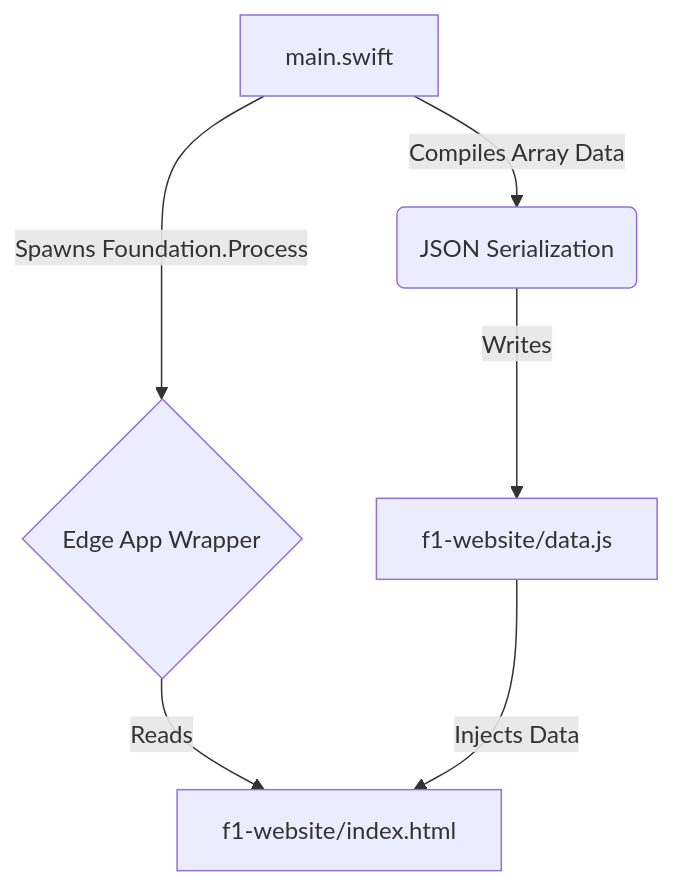
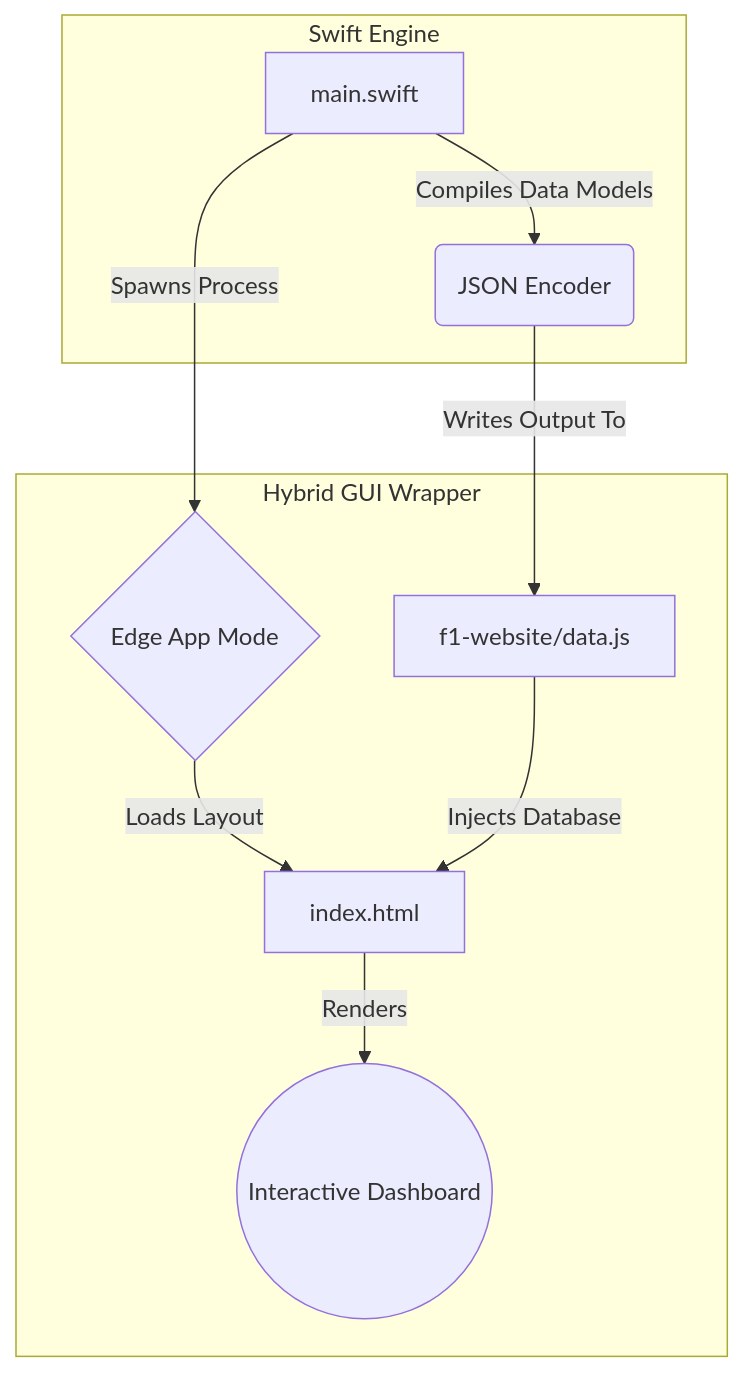
One commit to Anuvbis12/Swiftter changed the diagram in README.md. Above: the diagram before and after it, drawn with Mermaid. The commit also changed other lines of this file, not shown here.

Commit message:
docs: update architecture workflow documentation with detailed pipeline steps and refined mermaid diagram

````diff
--- a/README.md
+++ b/README.md
@@ -32,8 +41,14 @@
 ```mermaid
 graph TD;
-    A[main.swift] -->|Compiles Array Data| B(JSON Serialization);
-    B -->|Writes| C[f1-website/data.js];
-    A -->|Spawns Foundation.Process| D{Edge App Wrapper};
-    D -->|Reads| E[f1-website/index.html];
-    C -->|Injects Data| E;
+    subgraph Backend [Swift Engine]
+        A[main.swift] -->|Compiles Data Models| B(JSON Encoder);
+    end
+    
+    subgraph Frontend [Hybrid GUI Wrapper]
+        B -->|Writes Output To| C[f1-website/data.js];
+        A -->|Spawns Process| D{Edge App Mode};
+        D -->|Loads Layout| E[index.html];
+        C -->|Injects Database| E;
+        E -->|Renders| F((Interactive Dashboard));
+    end
 ```
````
